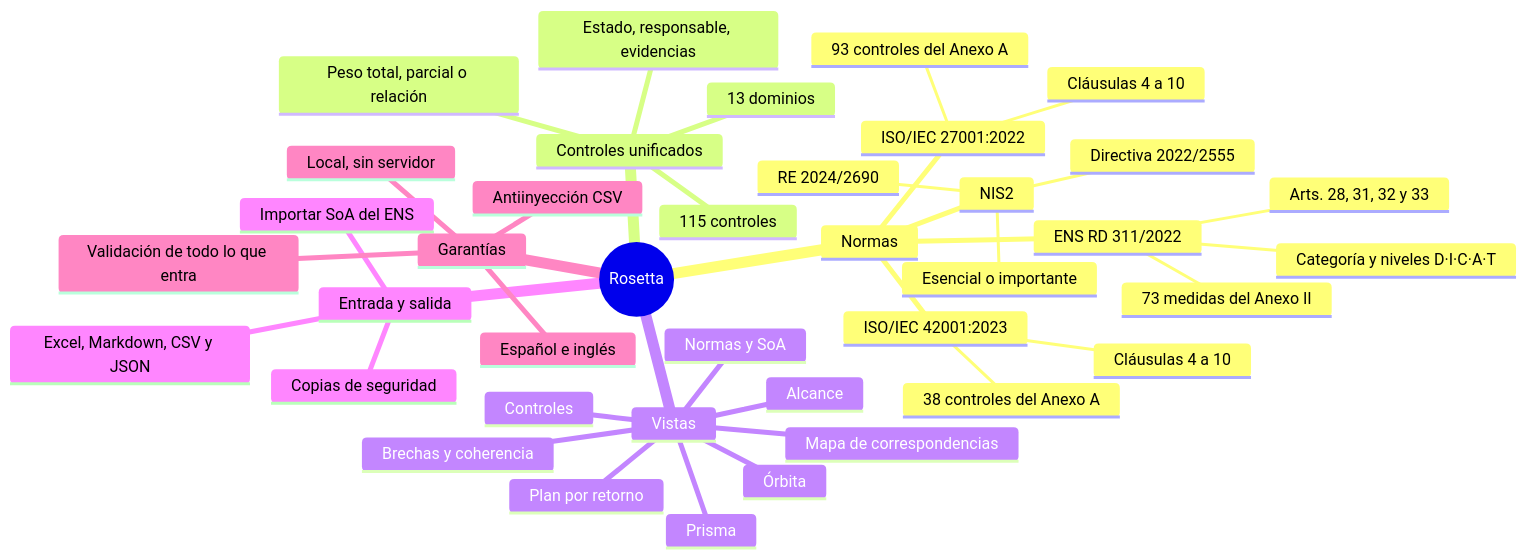
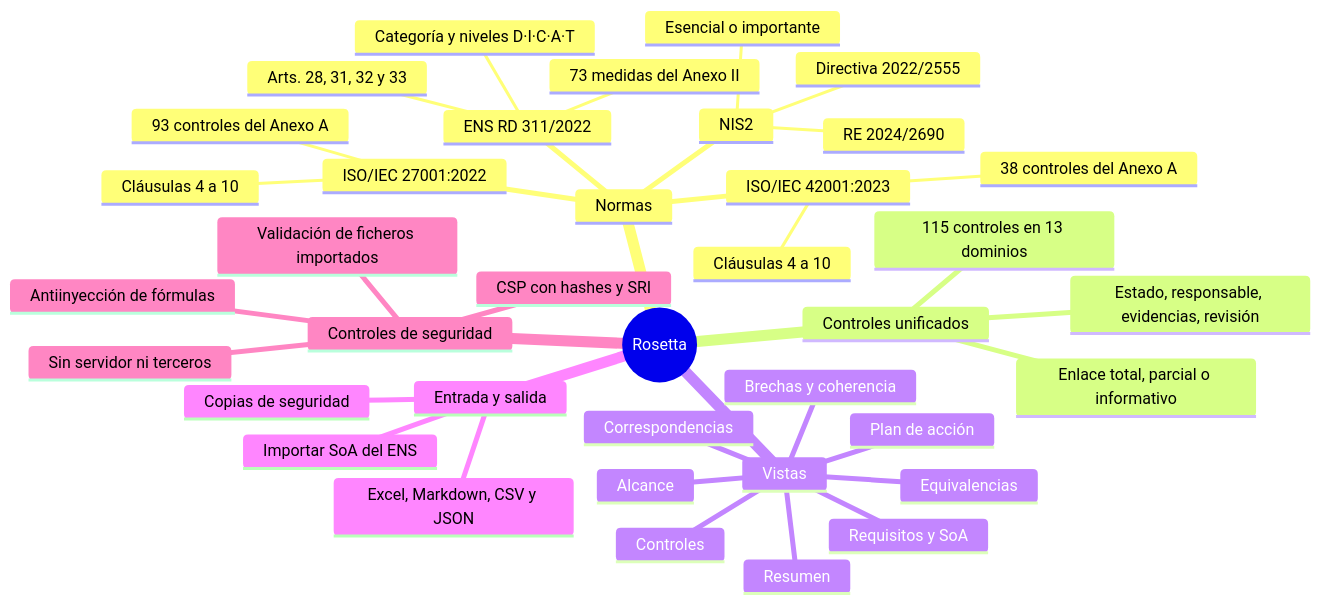
One commit to heindall92/rosetta_multinorma changed the first of 2 diagrams in README.md. Above: the diagram before and after it, drawn with Mermaid. The commit also changed other lines of this file and 2 other files, not shown here.

````diff
--- a/README.md
+++ b/README.md
@@ -58,42 +66,41 @@
 ```mermaid
 mindmap
   root((Rosetta))
     Normas
       ENS RD 311/2022
         73 medidas del Anexo II
         Arts. 28, 31, 32 y 33
         Categoría y niveles D·I·C·A·T
       ISO/IEC 27001:2022
         Cláusulas 4 a 10
         93 controles del Anexo A
       NIS2
         Directiva 2022/2555
         RE 2024/2690
         Esencial o importante
       ISO/IEC 42001:2023
         Cláusulas 4 a 10
         38 controles del Anexo A
     Controles unificados
-      115 controles
-      13 dominios
-      Estado, responsable, evidencias
-      Peso total, parcial o relación
+      115 controles en 13 dominios
+      Estado, responsable, evidencias, revisión
+      Enlace total, parcial o informativo
     Vistas
-      Órbita
-      Prisma
+      Resumen
+      Equivalencias
       Controles
-      Normas y SoA
+      Requisitos y SoA
       Brechas y coherencia
-      Plan por retorno
-      Mapa de correspondencias
+      Plan de acción
+      Correspondencias
       Alcance
     Entrada y salida
       Importar SoA del ENS
       Excel, Markdown, CSV y JSON
       Copias de seguridad
-    Garantías
-      Local, sin servidor
-      Validación de todo lo que entra
-      Antiinyección CSV
-      Español e inglés
+    Controles de seguridad
+      Sin servidor ni terceros
+      CSP con hashes y SRI
+      Validación de ficheros importados
+      Antiinyección de fórmulas
 ```
````
